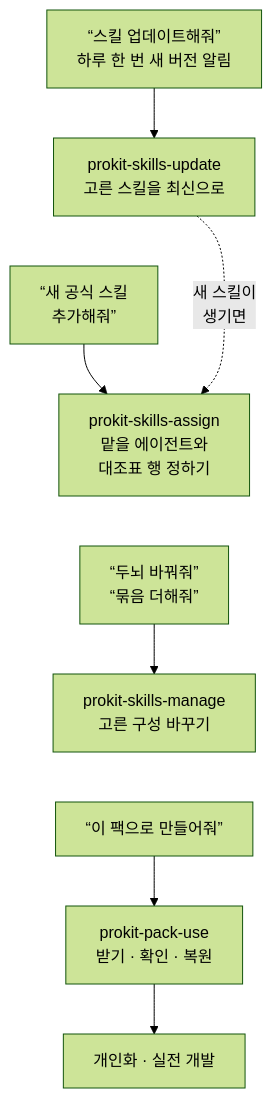
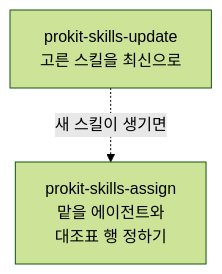
Before and after one commit to roadkwon-ai/pro-kit: the second of 2 diagrams in handbook/skills/prokit-skills.md, drawn with Mermaid (forest theme). The commit also changed other lines of this file and 50 other files, not shown here.

````diff
--- a/handbook/skills/prokit-skills.md
+++ b/handbook/skills/prokit-skills.md
@@ -150,19 +157,11 @@
 ```mermaid
 ---
 config:
   flowchart:
     wrappingWidth: 200
 ---
 flowchart TB
-  accTitle: 스킬을 관리하는 스킬의 흐름
-  accDescr: 스킬 업데이트 요청이나 하루 한 번 새 버전 알림은 prokit-skills-update가 받아요. 새 스킬이 생기거나 하는 일이 바뀌면 prokit-skills-assign이 맡을 에이전트를 정해요. 새 공식 스킬을 더하는 요청도 prokit-skills-assign이 받아요. 두뇌나 묶음을 바꾸는 요청은 prokit-skills-manage가 받아요. 완성팩 요청은 prokit-pack-use가 받아 복원한 뒤 개인화와 실전 개발로 이어 가요.
-  UQ["“스킬 업데이트해줘”<br/>하루 한 번 새 버전 알림"] --> UP["prokit-skills-update<br/>고른 스킬을 최신으로"]
-  UP ~~~ NQ
-  NQ["“새 공식 스킬<br/>추가해줘”"] --> AS["prokit-skills-assign<br/>맡을 에이전트와<br/>대조표 행 정하기"]
-  UP -.->|"새 스킬이<br/>생기면"| AS
-  AS ~~~ CQ
-  CQ["“두뇌 바꿔줘”<br/>“묶음 더해줘”"] --> SM["prokit-skills-manage<br/>고른 구성 바꾸기"]
-  SM ~~~ PQ
-  PQ["“이 팩으로 만들어줘”"] --> PU["prokit-pack-use<br/>받기 · 확인 · 복원"]
-  PU --> PD["개인화 · 실전 개발"]
+  accTitle: 업데이트에서 배치로
+  accDescr: prokit-skills-update가 고른 스킬을 최신으로 올리다가 새 스킬이 생기면 prokit-skills-assign이 맡을 에이전트와 대조표 행을 정해요.
+  UP["prokit-skills-update<br/>고른 스킬을 최신으로"] -.->|"새 스킬이 생기면"| AS["prokit-skills-assign<br/>맡을 에이전트와<br/>대조표 행 정하기"]
 ```
````
